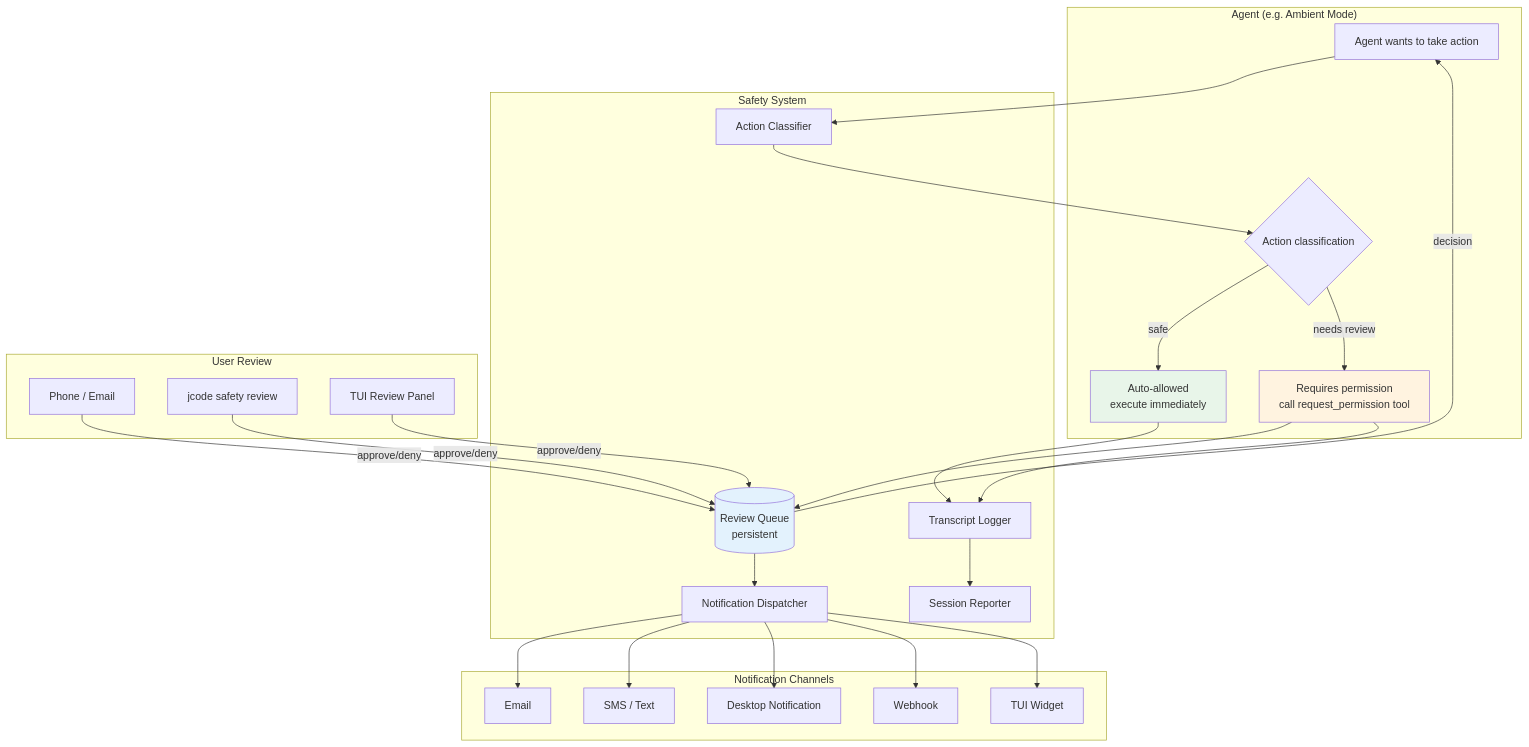
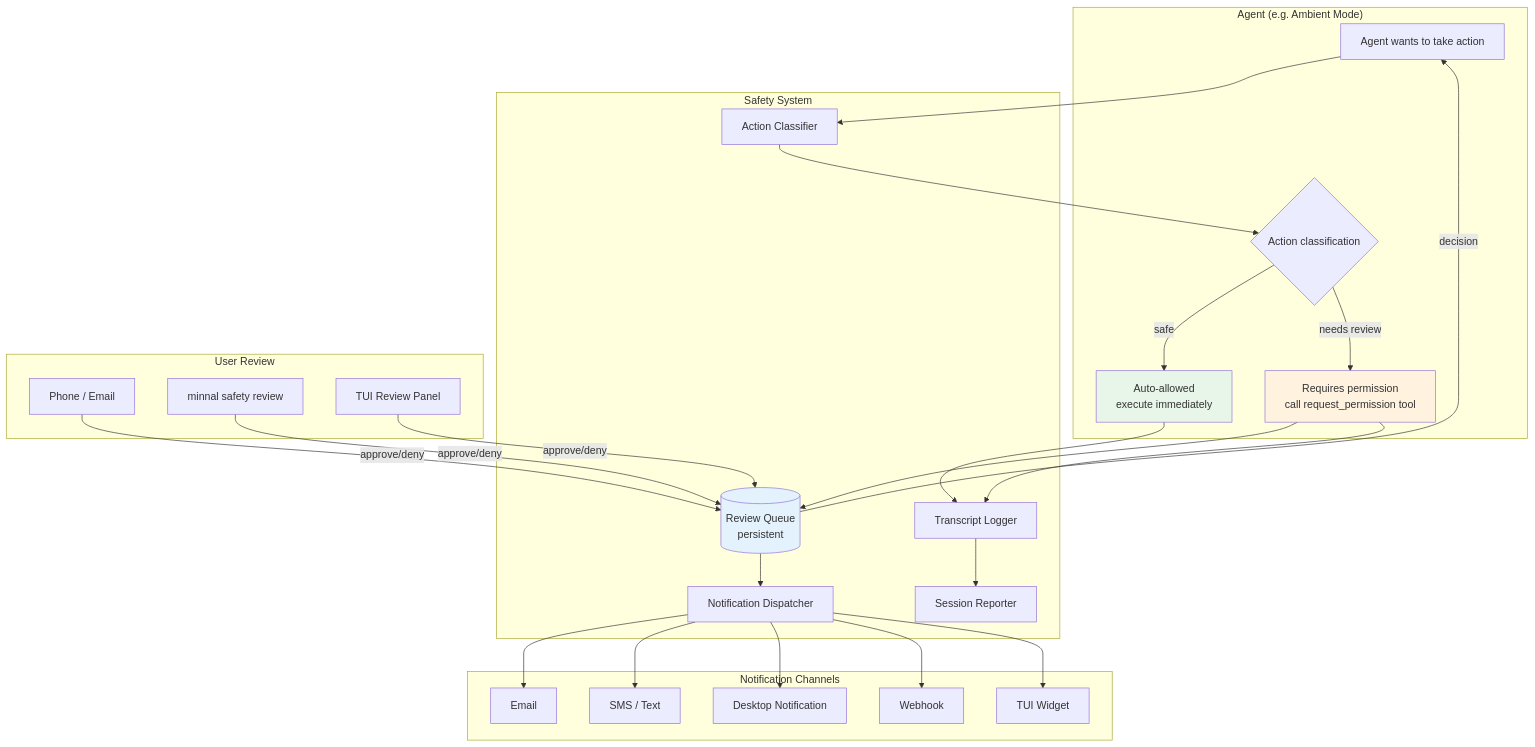
The first of 3 diagrams in docs/SAFETY_SYSTEM.md (iamrohithrnair/minnal), drawn with Mermaid before and after one commit. The commit also changed other lines of this file and 120 other files, not shown here.

````diff
--- a/docs/SAFETY_SYSTEM.md
+++ b/docs/SAFETY_SYSTEM.md
@@ -23,57 +23,57 @@
 ```mermaid
 graph TB
     subgraph "Agent (e.g. Ambient Mode)"
         A[Agent wants to take action]
         AC{Action classification}
         AUTO[Auto-allowed<br/>execute immediately]
         PERM[Requires permission<br/>call request_permission tool]
     end
 
     subgraph "Safety System"
         RQ[(Review Queue<br/>persistent)]
         CL[Action Classifier]
         NF[Notification Dispatcher]
         TL[Transcript Logger]
         SR[Session Reporter]
     end
 
     subgraph "Notification Channels"
         EM[Email]
         SM[SMS / Text]
         DN[Desktop Notification]
         WH[Webhook]
         TUI[TUI Widget]
     end
 
     subgraph "User Review"
         PH[Phone / Email]
-        CLI[jcode safety review]
+        CLI[minnal safety review]
         TW[TUI Review Panel]
     end
 
     A --> CL
     CL --> AC
     AC -->|safe| AUTO
     AC -->|needs review| PERM
 
     PERM --> RQ
     RQ --> NF
     NF --> EM
     NF --> SM
     NF --> DN
     NF --> WH
     NF --> TUI
 
     PH -->|approve/deny| RQ
     CLI -->|approve/deny| RQ
     TW -->|approve/deny| RQ
     RQ -->|decision| A
 
     AUTO --> TL
     PERM --> TL
     TL --> SR
 
     style AUTO fill:#e8f5e9
     style PERM fill:#fff3e0
     style RQ fill:#e3f2fd
 ```
````
